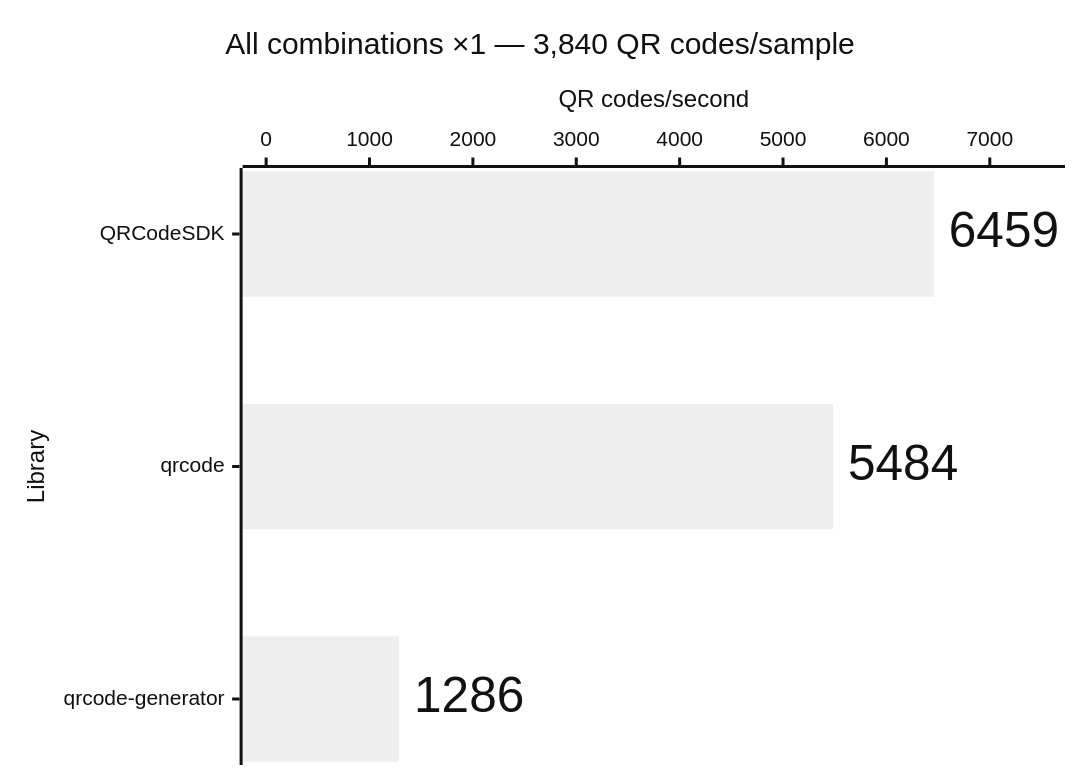
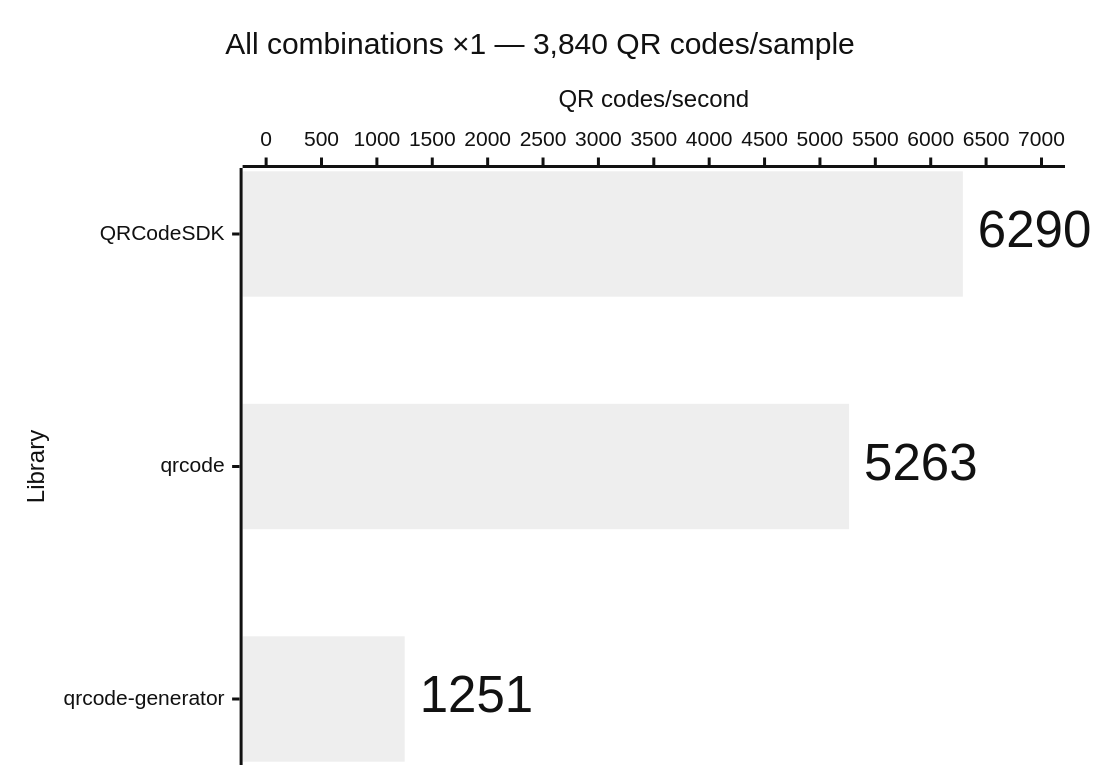
The fourth of 14 diagrams in apps/docs/src/content/docs/learn/performance.md (Dafnik/qrcodesdk), drawn with Mermaid (neutral theme) before and after one commit. The commit also changed other lines of this file, not shown here.

````diff
--- a/apps/docs/src/content/docs/learn/performance.md
+++ b/apps/docs/src/content/docs/learn/performance.md
@@ -77,15 +77,15 @@
 ```mermaid
 ---
 config:
   xyChart:
     showDataLabel: true
     showDataLabelOutsideBar: true
 ---
 xychart horizontal
   accTitle: Matrix generation: All combinations ×1 — 3,840 QR codes/sample
-  accDescr: Throughput calculated from median time. QRCodeSDK 6,459 QR codes per second, qrcode 5,484 QR codes per second, qrcode-generator 1,286 QR codes per second. Higher is better.
+  accDescr: Throughput calculated from median time. QRCodeSDK 6,290 QR codes per second, qrcode 5,263 QR codes per second, qrcode-generator 1,251 QR codes per second. Higher is better.
   title "All combinations ×1 — 3,840 QR codes/sample"
   x-axis "Library" ["QRCodeSDK", "qrcode", "qrcode-generator"]
-  y-axis "QR codes/second" 0 --> 7500
-  bar [6459, 5484, 1286]
+  y-axis "QR codes/second" 0 --> 7000
+  bar [6290, 5263, 1251]
 ```
````
